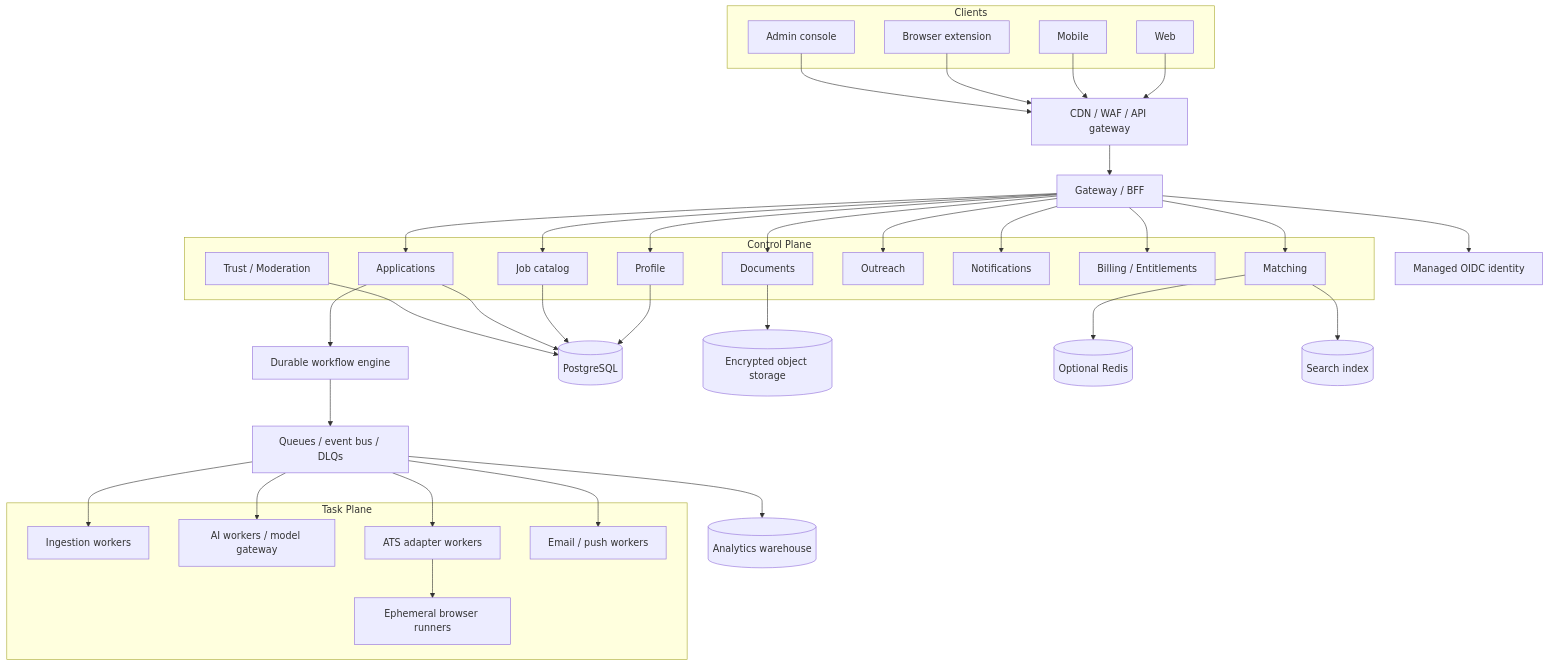
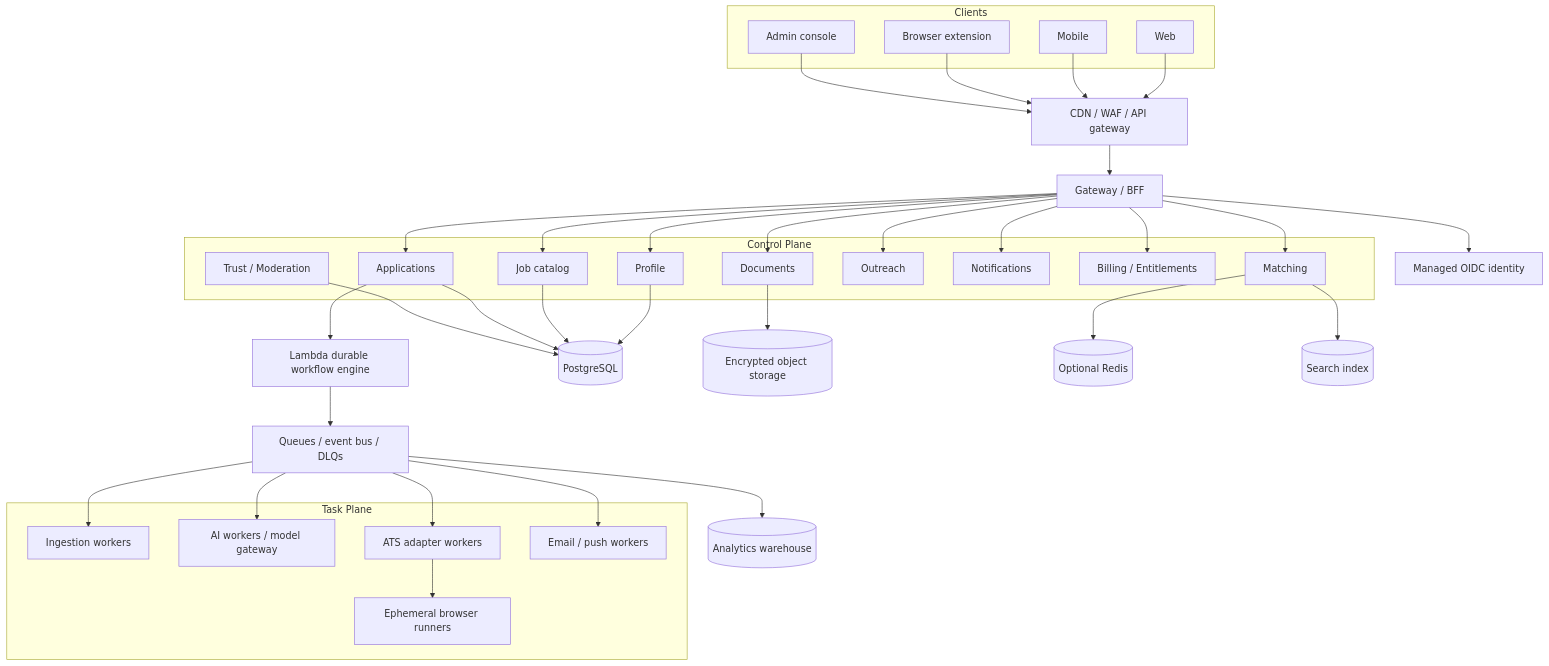
The first of 2 diagrams in docs/PRODUCT_AND_SYSTEM_ARCHITECTURE.md (Vrixic/project-ai-job-apply), drawn with Mermaid before and after one commit. The commit also changed other lines of this file and 54 other files, not shown here.

````diff
--- a/docs/PRODUCT_AND_SYSTEM_ARCHITECTURE.md
+++ b/docs/PRODUCT_AND_SYSTEM_ARCHITECTURE.md
@@ -451,74 +458,74 @@
 ```mermaid
 flowchart TB
     subgraph Clients
         WEB[Web]
         MOB[Mobile]
         EXT[Browser extension]
         ADM[Admin console]
     end
 
     EDGE[CDN / WAF / API gateway]
     AUTH[Managed OIDC identity]
     BFF[Gateway / BFF]
 
     subgraph Control Plane
         PROF[Profile]
         JOBS[Job catalog]
         MATCH[Matching]
         DOCS[Documents]
         APPS[Applications]
         OUT[Outreach]
         NOTIF[Notifications]
         BILL[Billing / Entitlements]
         TRUST[Trust / Moderation]
     end
 
-    TEMP[Durable workflow engine]
+    TEMP[Lambda durable workflow engine]
     BUS[Queues / event bus / DLQs]
 
     subgraph Task Plane
         ING[Ingestion workers]
         AI[AI workers / model gateway]
         ATS[ATS adapter workers]
         BROWSER[Ephemeral browser runners]
         MSG[Email / push workers]
     end
 
     PG[(PostgreSQL)]
     OBJ[(Encrypted object storage)]
     CACHE[(Optional Redis)]
     SEARCH[(Search index)]
     WH[(Analytics warehouse)]
 
     WEB --> EDGE
     MOB --> EDGE
     EXT --> EDGE
     ADM --> EDGE
     EDGE --> BFF
     BFF --> AUTH
     BFF --> PROF
     BFF --> JOBS
     BFF --> MATCH
     BFF --> DOCS
     BFF --> APPS
     BFF --> OUT
     BFF --> NOTIF
     BFF --> BILL
 
     APPS --> TEMP
     TEMP --> BUS
     BUS --> ING
     BUS --> AI
     BUS --> ATS
     ATS --> BROWSER
     BUS --> MSG
 
     PROF --> PG
     JOBS --> PG
     APPS --> PG
     DOCS --> OBJ
     MATCH --> SEARCH
     MATCH --> CACHE
     TRUST --> PG
     BUS --> WH
 ```
````
